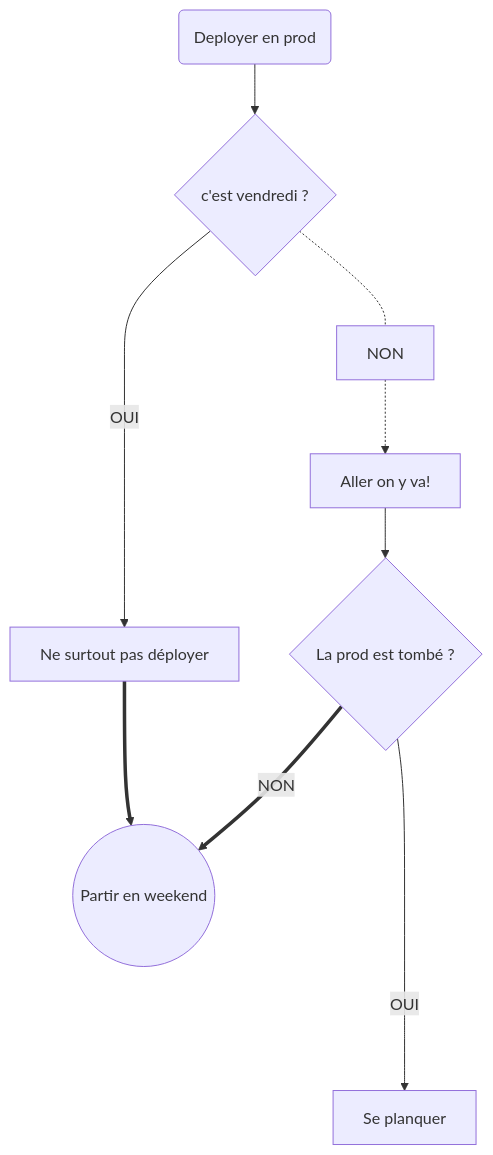
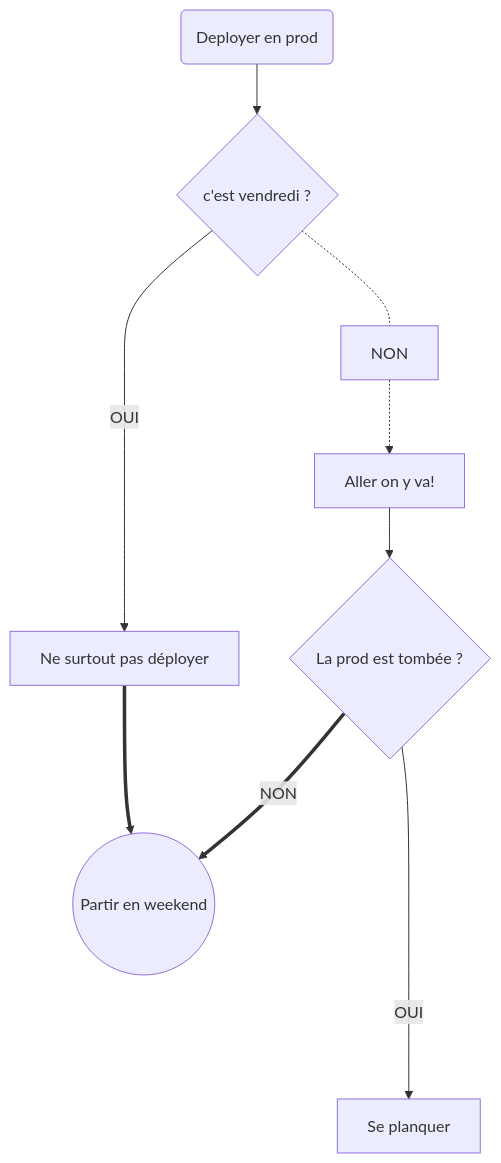
The first of 4 diagrams in flowcharts/README.md (ErwanLT/mermaidMarkdown), drawn with Mermaid before and after one commit. The commit also changed other lines of this file, not shown here.

Commit message:
flowcharts

````diff
--- a/flowcharts/README.md
+++ b/flowcharts/README.md
@@ -2,10 +3,10 @@
 ```mermaid
   flowchart TB
       A(Deployer en prod)-->B{c'est vendredi ?};
       B -- OUI --> C[Ne surtout pas déployer];
       C ==> G
       B -.- NON -.-> D[Aller on y va!];
-      D--> E{La prod est tombé ?};
+      D--> E{La prod est tombée ?};
       E -- OUI ----> F[Se planquer];
       E == NON ==> G((Partir en weekend));
 ```
````
